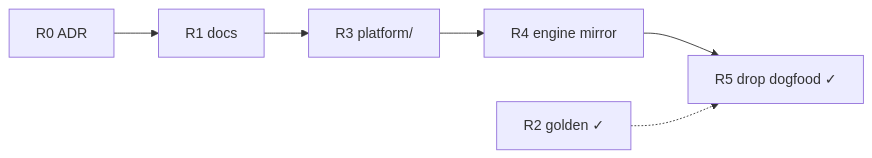
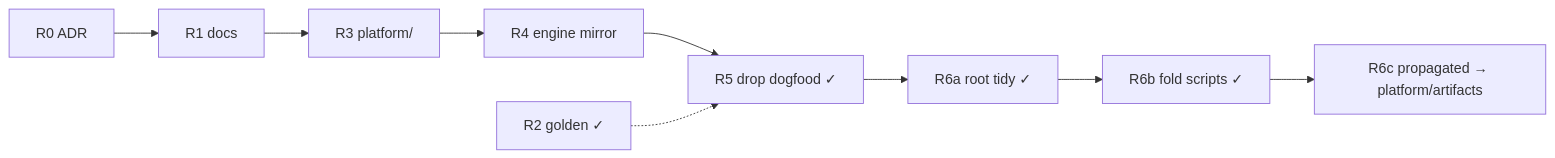
The second of 2 diagrams in docs/engineering/hq-restructure-plan.md (sibling-shipyard/coach-hq), drawn with Mermaid before and after one commit. The commit also changed other lines of this file and 26 other files, not shown here.

First line of the commit message:
core: R6a/R6b HQ root tidy — fold scripts, consolidate docs

````diff
--- a/docs/engineering/hq-restructure-plan.md
+++ b/docs/engineering/hq-restructure-plan.md
@@ -43,8 +43,11 @@
 ```mermaid
 flowchart LR
   R0["R0 ADR"] --> R1["R1 docs"]
   R1 --> R3["R3 platform/"]
   R3 --> R4["R4 engine mirror"]
   R4 --> R5["R5 drop dogfood ✓"]
+  R5 --> R6a["R6a root tidy ✓"]
+  R6a --> R6b["R6b fold scripts ✓"]
+  R6b --> R6c["R6c propagated → platform/artifacts"]
   R2["R2 golden ✓"] -.-> R5
 ```
````
